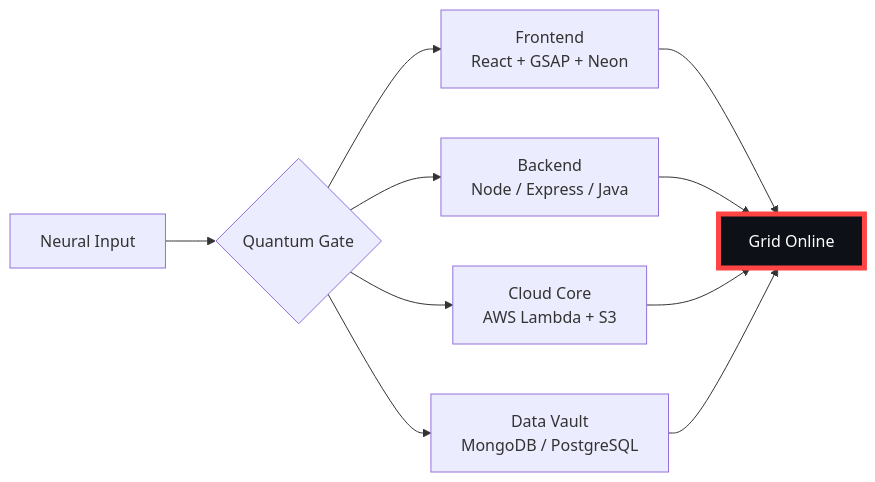
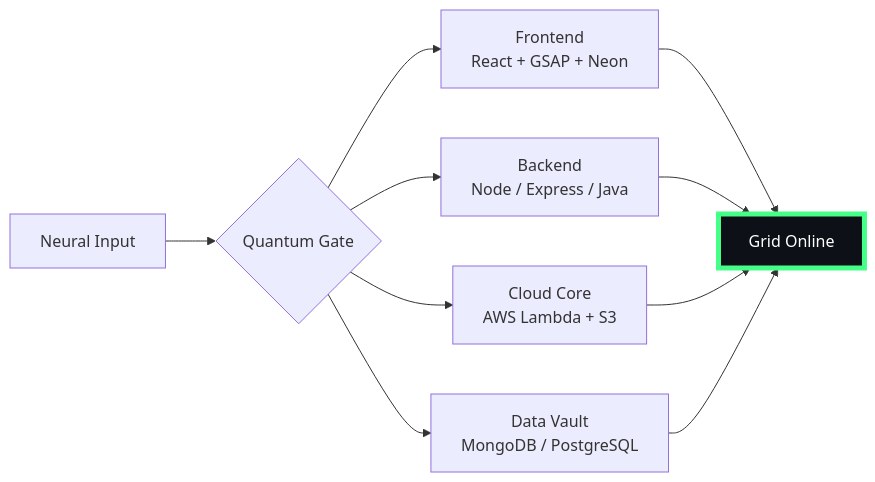
The diagram in README.md (pendemvamsi/pendemvamsi), drawn with Mermaid before and after one commit. The commit also changed other lines of this file and 1 other file, not shown here.

````diff
--- a/README.md
+++ b/README.md
@@ -32,10 +32,10 @@
 ```mermaid
 flowchart LR
     U[Neural Input] --> G{Quantum Gate}
     G --> F[Frontend<br>React + GSAP + Neon]
     G --> B[Backend<br>Node / Express / Java]
     G --> C[Cloud Core<br>AWS Lambda + S3]
     G --> D[Data Vault<br>MongoDB / PostgreSQL]
     F & B & C & D --> O[Grid Online]
-    style O fill:#0d1117,stroke:#FF4444,stroke-width:5px,color:#fff
+    style O fill:#0d1117,stroke:#44FF88,stroke-width:5px,color:#fff
 ```
````
